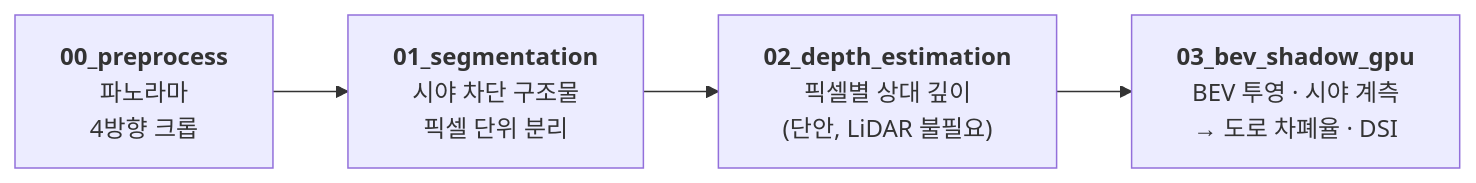
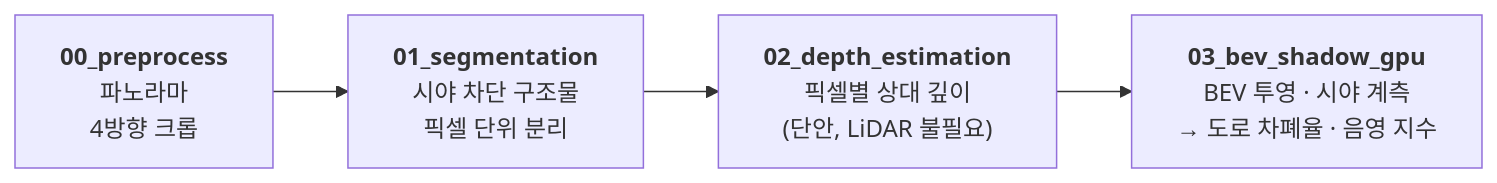
Before and after one commit to zod701/ITS-2026: the diagram in readme.md, drawn with Mermaid. The commit also changed other lines of this file and 63 other files, not shown here.

````diff
--- a/readme.md
+++ b/readme.md
@@ -59,8 +92,8 @@
 ```mermaid
 flowchart LR
     A["<b>00_preprocess</b><br/>파노라마<br/>4방향 크롭"]
     B["<b>01_segmentation</b><br/>시야 차단 구조물<br/>픽셀 단위 분리"]
     C["<b>02_depth_estimation</b><br/>픽셀별 상대 깊이<br/>(단안, LiDAR 불필요)"]
-    D["<b>03_bev_shadow_gpu</b><br/>BEV 투영 · 시야 계측<br/>→ 도로 차폐율 · DSI"]
+    D["<b>03_bev_shadow_gpu</b><br/>BEV 투영 · 시야 계측<br/>→ 도로 차폐율 · 음영 지수"]
     A --> B --> C --> D
 ```
````
